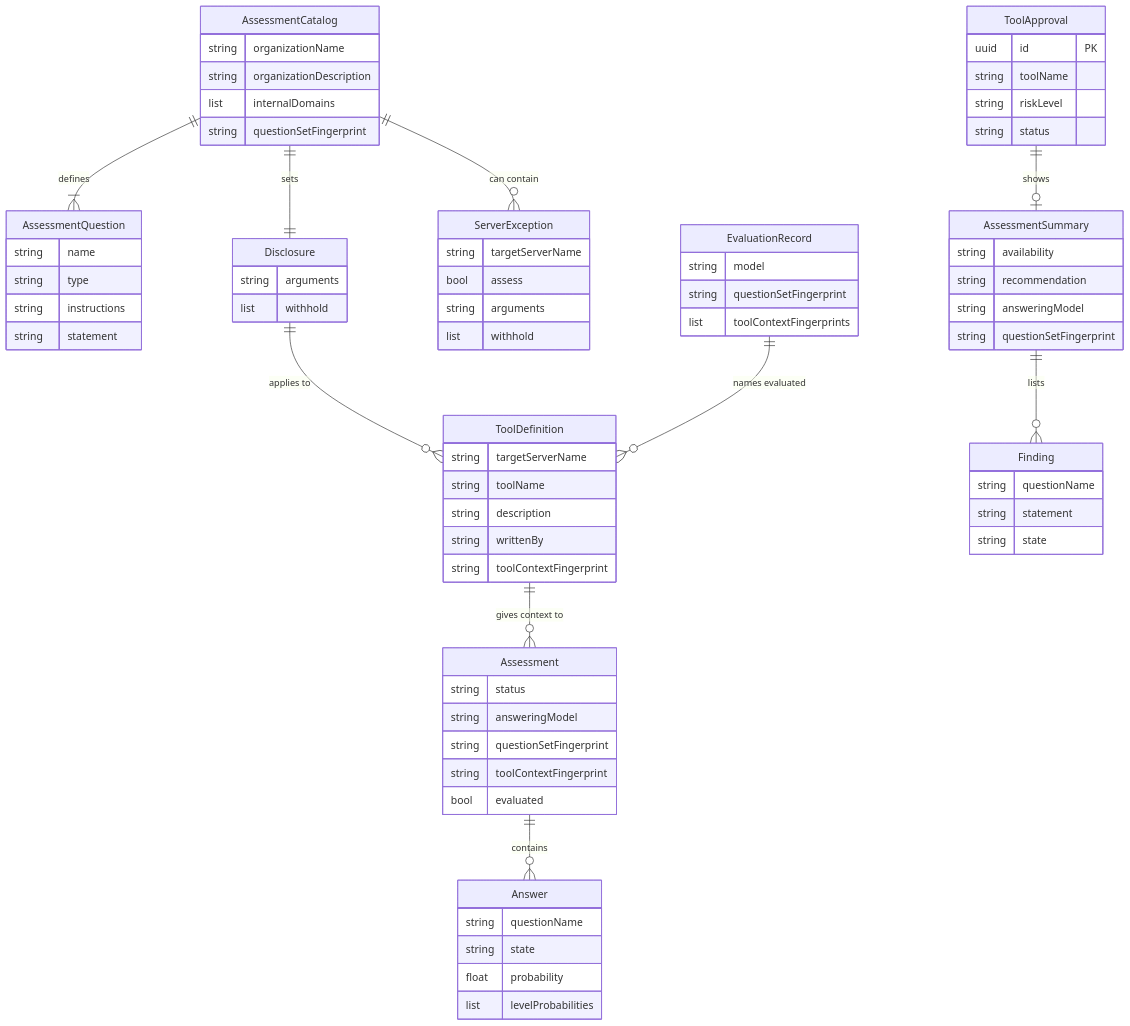
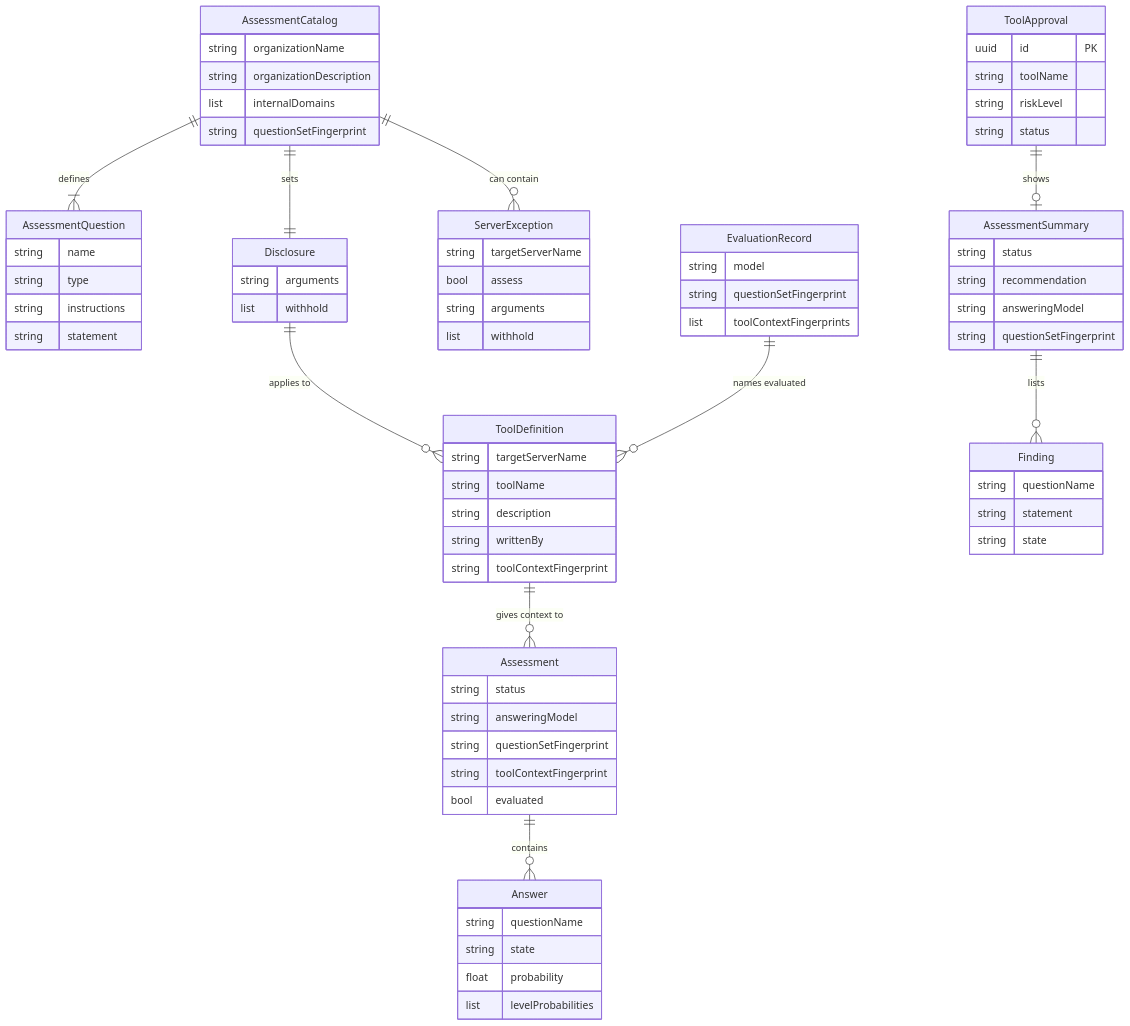
The first of 2 diagrams in specs/20261123-194542-decision-model-tool-approvals/spec.md (zalando-incubator/agentic-identity-broker), drawn with Mermaid before and after one commit. The commit also changed other lines of this file and 13 other files, not shown here.

````diff
--- a/specs/20261123-194542-decision-model-tool-approvals/spec.md
+++ b/specs/20261123-194542-decision-model-tool-approvals/spec.md
@@ -1152,76 +1222,76 @@
 ```mermaid
 erDiagram
     AssessmentCatalog {
         string organizationName
         string organizationDescription
         list internalDomains
         string questionSetFingerprint
     }
     AssessmentQuestion {
         string name
         string type
         string instructions
         string statement
     }
     Disclosure {
         string arguments
         list withhold
     }
     ServerException {
         string targetServerName
         bool assess
         string arguments
         list withhold
     }
     ToolDefinition {
         string targetServerName
         string toolName
         string description
         string writtenBy
         string toolContextFingerprint
     }
     Assessment {
         string status
         string answeringModel
         string questionSetFingerprint
         string toolContextFingerprint
         bool evaluated
     }
     Answer {
         string questionName
         string state
         float probability
         list levelProbabilities
     }
     EvaluationRecord {
         string model
         string questionSetFingerprint
         list toolContextFingerprints
     }
     ToolApproval {
         uuid id PK
         string toolName
         string riskLevel
         string status
     }
     AssessmentSummary {
-        string availability
+        string status
         string recommendation
         string answeringModel
         string questionSetFingerprint
     }
     Finding {
         string questionName
         string statement
         string state
     }
     AssessmentCatalog ||--|{ AssessmentQuestion : "defines"
     AssessmentCatalog ||--|| Disclosure : "sets"
     AssessmentCatalog ||--o{ ServerException : "can contain"
     Disclosure ||--o{ ToolDefinition : "applies to"
     ToolDefinition ||--o{ Assessment : "gives context to"
     Assessment ||--o{ Answer : "contains"
     EvaluationRecord ||--o{ ToolDefinition : "names evaluated"
     ToolApproval ||--o| AssessmentSummary : "shows"
     AssessmentSummary ||--o{ Finding : "lists"
 ```
````
